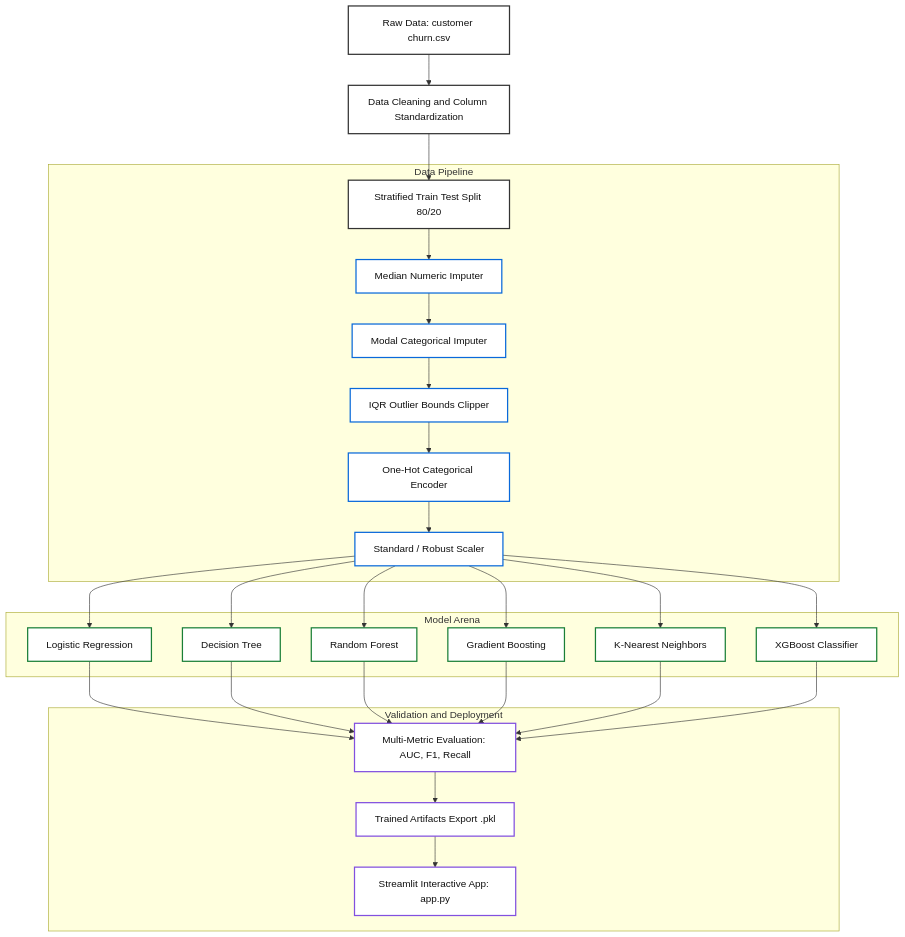
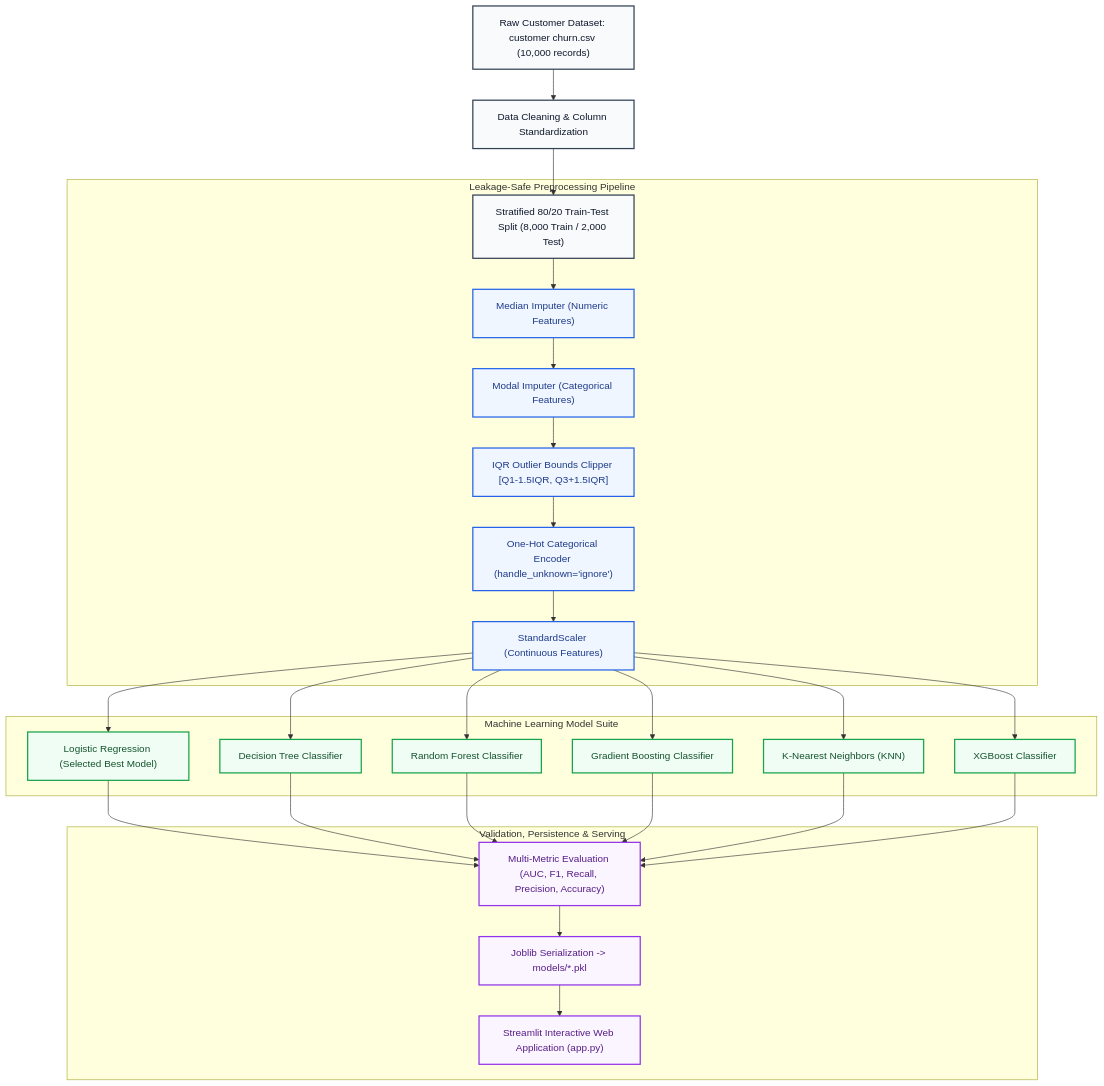
One commit to anchitkaushal/customer-churn-prediction-system changed the diagram in README.md. Above: the diagram before and after it, drawn with Mermaid. The commit also changed other lines of this file and 2 other files, not shown here.

````diff
--- a/README.md
+++ b/README.md
@@ -77,45 +79,45 @@
 ```mermaid
 flowchart TD
 
-    A[Raw Data: customer churn.csv] --> B[Data Cleaning and Column Standardization]
-    B --> C[Stratified Train Test Split 80/20]
+    A["Raw Customer Dataset: customer churn.csv (10,000 records)"] --> B["Data Cleaning & Column Standardization"]
+    B --> C["Stratified 80/20 Train-Test Split (8,000 Train / 2,000 Test)"]
 
-    subgraph DP[Data Pipeline]
-        C --> D[Median Numeric Imputer]
-        D --> E[Modal Categorical Imputer]
-        E --> F[IQR Outlier Bounds Clipper]
-        F --> G[One-Hot Categorical Encoder]
-        G --> H[Standard / Robust Scaler]
+    subgraph DP["Leakage-Safe Preprocessing Pipeline"]
+        C --> D["Median Imputer (Numeric Features)"]
+        D --> E["Modal Imputer (Categorical Features)"]
+        E --> F["IQR Outlier Bounds Clipper [Q1-1.5IQR, Q3+1.5IQR]"]
+        F --> G["One-Hot Categorical Encoder (handle_unknown='ignore')"]
+        G --> H["StandardScaler (Continuous Features)"]
     end
 
-    subgraph MA[Model Arena]
-        H --> M1[Logistic Regression]
-        H --> M2[Decision Tree]
-        H --> M3[Random Forest]
-        H --> M4[Gradient Boosting]
-        H --> M5[K-Nearest Neighbors]
-        H --> M6[XGBoost Classifier]
+    subgraph MA["Machine Learning Model Suite"]
+        H --> M1["Logistic Regression (Selected Best Model)"]
+        H --> M2["Decision Tree Classifier"]
+        H --> M3["Random Forest Classifier"]
+        H --> M4["Gradient Boosting Classifier"]
+        H --> M5["K-Nearest Neighbors (KNN)"]
+        H --> M6["XGBoost Classifier"]
     end
 
-    subgraph VD[Validation and Deployment]
-        M1 --> EVAL[Multi-Metric Evaluation: AUC, F1, Recall]
+    subgraph VD["Validation, Persistence & Serving"]
+        M1 --> EVAL["Multi-Metric Evaluation (AUC, F1, Recall, Precision, Accuracy)"]
         M2 --> EVAL
         M3 --> EVAL
         M4 --> EVAL
         M5 --> EVAL
         M6 --> EVAL
 
-        EVAL --> SERVE[Trained Artifacts Export .pkl]
-        SERVE --> APP[Streamlit Interactive App: app.py]
+        EVAL --> SERVE["Joblib Serialization -> models/*.pkl"]
+        SERVE --> APP["Streamlit Interactive Web Application (app.py)"]
     end
 
-    classDef node fill:#ffffff,stroke:#333333,color:#111111,stroke-width:2px
-    classDef pipeline fill:#ffffff,stroke:#0969da,color:#111111,stroke-width:2px
-    classDef model fill:#ffffff,stroke:#1a7f37,color:#111111,stroke-width:2px
-    classDef deployment fill:#ffffff,stroke:#8250df,color:#111111,stroke-width:2px
+    classDef source fill:#f8fafc,stroke:#334155,stroke-width:2px,color:#0f172a;
+    classDef pipe fill:#eff6ff,stroke:#2563eb,stroke-width:2px,color:#1e3a8a;
+    classDef model fill:#f0fdf4,stroke:#16a34a,stroke-width:2px,color:#14532d;
+    classDef deploy fill:#faf5ff,stroke:#9333ea,stroke-width:2px,color:#581c87;
 
-    class A,B,C node
-    class D,E,F,G,H pipeline
-    class M1,M2,M3,M4,M5,M6 model
-    class EVAL,SERVE,APP deployment
+    class A,B,C source;
+    class D,E,F,G,H pipe;
+    class M1,M2,M3,M4,M5,M6 model;
+    class EVAL,SERVE,APP deploy;
 ```
````
